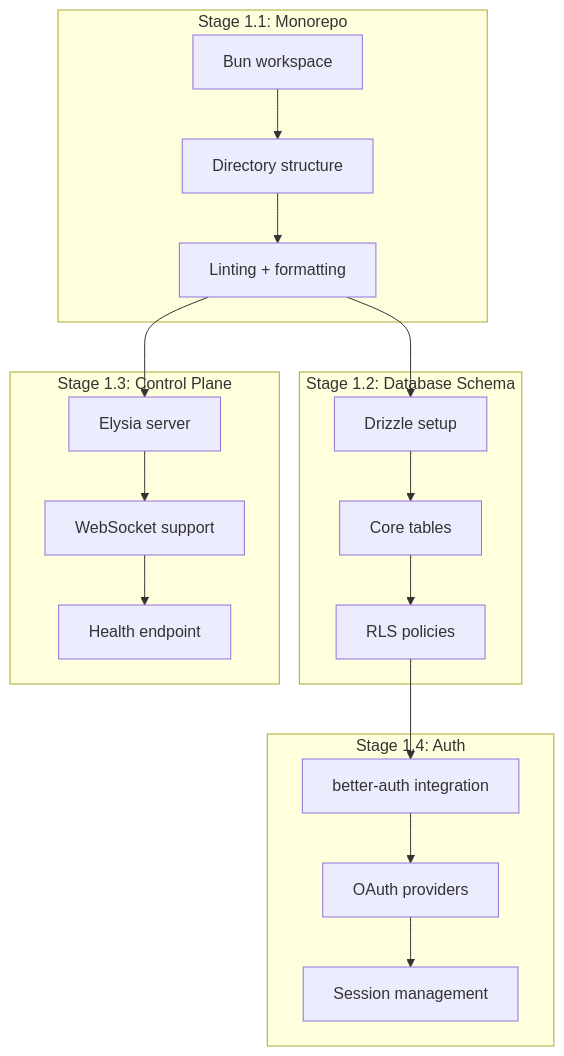
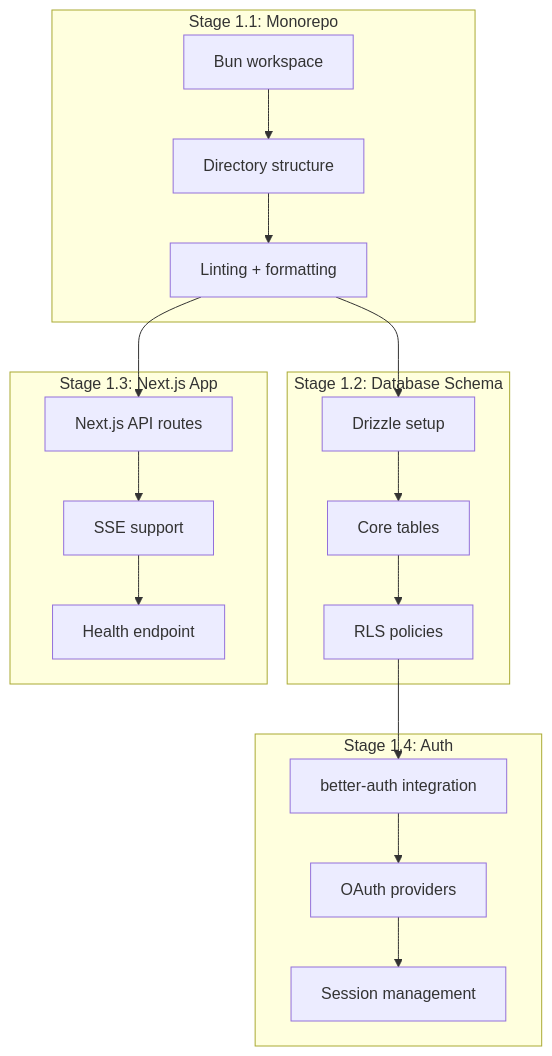
The first of 4 diagrams in plan/01-foundation.md (1qh/claw), drawn with Mermaid before and after one commit. The commit also changed other lines of this file and 181 other files, not shown here.

````diff
--- a/plan/01-foundation.md
+++ b/plan/01-foundation.md
@@ -9,31 +19,31 @@
 ```mermaid
 graph TB
     subgraph "Stage 1.1: Monorepo"
         M1[Bun workspace]
         M2[Directory structure]
         M3[Linting + formatting]
     end
 
     subgraph "Stage 1.2: Database Schema"
         D1[Drizzle setup]
         D2[Core tables]
         D3[RLS policies]
     end
 
-    subgraph "Stage 1.3: Control Plane"
-        C1[Elysia server]
-        C2[WebSocket support]
+    subgraph "Stage 1.3: Next.js App"
+        C1[Next.js API routes]
+        C2[SSE support]
         C3[Health endpoint]
     end
 
     subgraph "Stage 1.4: Auth"
         A1[better-auth integration]
         A2[OAuth providers]
         A3[Session management]
     end
 
     M1 --> M2 --> M3
     M3 --> D1 --> D2 --> D3
     M3 --> C1 --> C2 --> C3
     D3 --> A1 --> A2 --> A3
 ```
````
